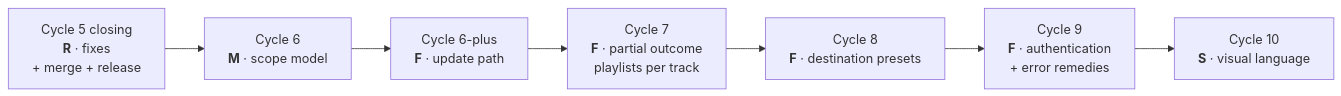
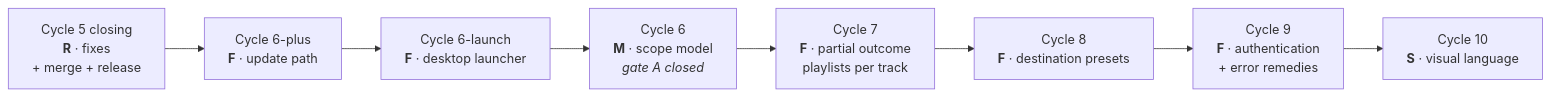
Before and after one commit to alergyonthestage/ytdl: the fourth of 4 diagrams in docs/roadmap.md, drawn with Mermaid. The commit also changed other lines of this file, not shown here.

````diff
--- a/docs/roadmap.md
+++ b/docs/roadmap.md
@@ -632,9 +647,10 @@
 ```mermaid
 flowchart LR
-  R["Cycle 5 closing<br/><b>R</b> · fixes<br/>+ merge + release"] --> M["Cycle 6<br/><b>M</b> · scope model"]
-  M --> U["Cycle 6-plus<br/><b>F</b> · update path"]
-  U --> F1["Cycle 7<br/><b>F</b> · partial outcome<br/>playlists per track"]
+  R["Cycle 5 closing<br/><b>R</b> · fixes<br/>+ merge + release"] --> U["Cycle 6-plus<br/><b>F</b> · update path"]
+  U --> L["Cycle 6-launch<br/><b>F</b> · desktop launcher"]
+  L --> M["Cycle 6<br/><b>M</b> · scope model<br/><i>gate A closed</i>"]
+  M --> F1["Cycle 7<br/><b>F</b> · partial outcome<br/>playlists per track"]
   F1 --> F2["Cycle 8<br/><b>F</b> · destination presets"]
   F2 --> F3["Cycle 9<br/><b>F</b> · authentication<br/>+ error remedies"]
   F3 --> S["Cycle 10<br/><b>S</b> · visual language"]
 ```
````
